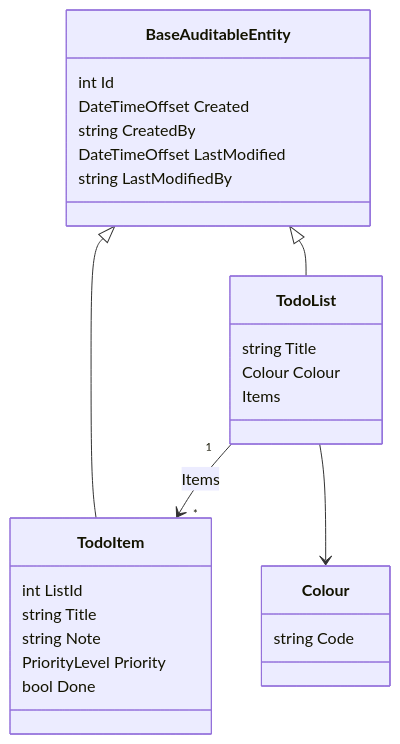
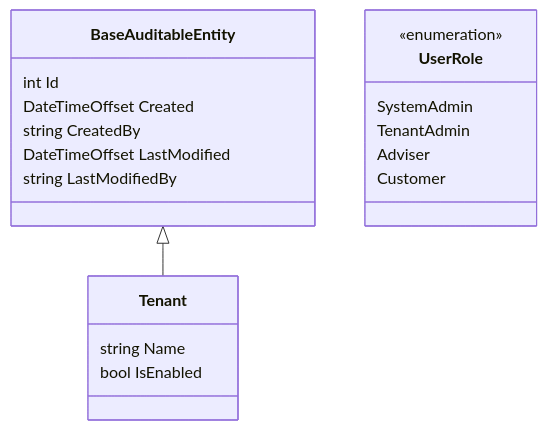
Before and after one commit to louis297/MyWealth: the first of 2 diagrams in docs/domain-model.md, drawn with Mermaid. The commit also changed other lines of this file and 6 other files, not shown here.

````diff
--- a/docs/domain-model.md
+++ b/docs/domain-model.md
@@ -65,29 +65,22 @@
 ```mermaid
 classDiagram
   class BaseAuditableEntity {
     int Id
     DateTimeOffset Created
     string CreatedBy
     DateTimeOffset LastModified
     string LastModifiedBy
   }
-  class TodoList {
-    string Title
-    Colour Colour
-    Items
+  class Tenant {
+    string Name
+    bool IsEnabled
   }
-  class TodoItem {
-    int ListId
-    string Title
-    string Note
-    PriorityLevel Priority
-    bool Done
+  class UserRole {
+    <<enumeration>>
+    SystemAdmin
+    TenantAdmin
+    Adviser
+    Customer
   }
-  class Colour {
-    string Code
-  }
-  BaseAuditableEntity <|-- TodoList
-  BaseAuditableEntity <|-- TodoItem
-  TodoList "1" --> "*" TodoItem : Items
-  TodoList --> Colour
+  BaseAuditableEntity <|-- Tenant
 ```
````
